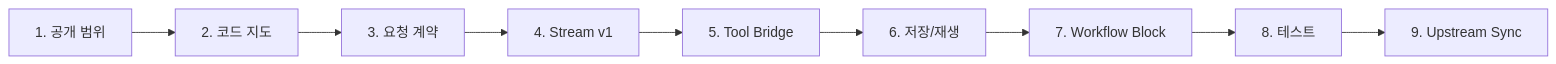
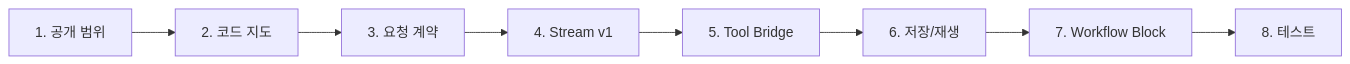
One commit to nfbs2000/speaky-sim changed the third of 3 diagrams in site/docs/mothership-contract/index.md. Above: the diagram before and after it, drawn with Mermaid. The commit also changed 4 other files, not shown here.

Commit message:
docs: remove public upstream sync notes

````diff
--- a/site/docs/mothership-contract/index.md
+++ b/site/docs/mothership-contract/index.md
@@ -85,11 +85,10 @@
 ```mermaid
 flowchart LR
   Scope["1. 공개 범위"] --> Map["2. 코드 지도"]
   Map --> Request["3. 요청 계약"]
   Request --> Stream["4. Stream v1"]
   Stream --> Tool["5. Tool Bridge"]
   Tool --> Persist["6. 저장/재생"]
   Persist --> Block["7. Workflow Block"]
   Block --> Tests["8. 테스트"]
-  Tests --> Sync["9. Upstream Sync"]
 ```
````
